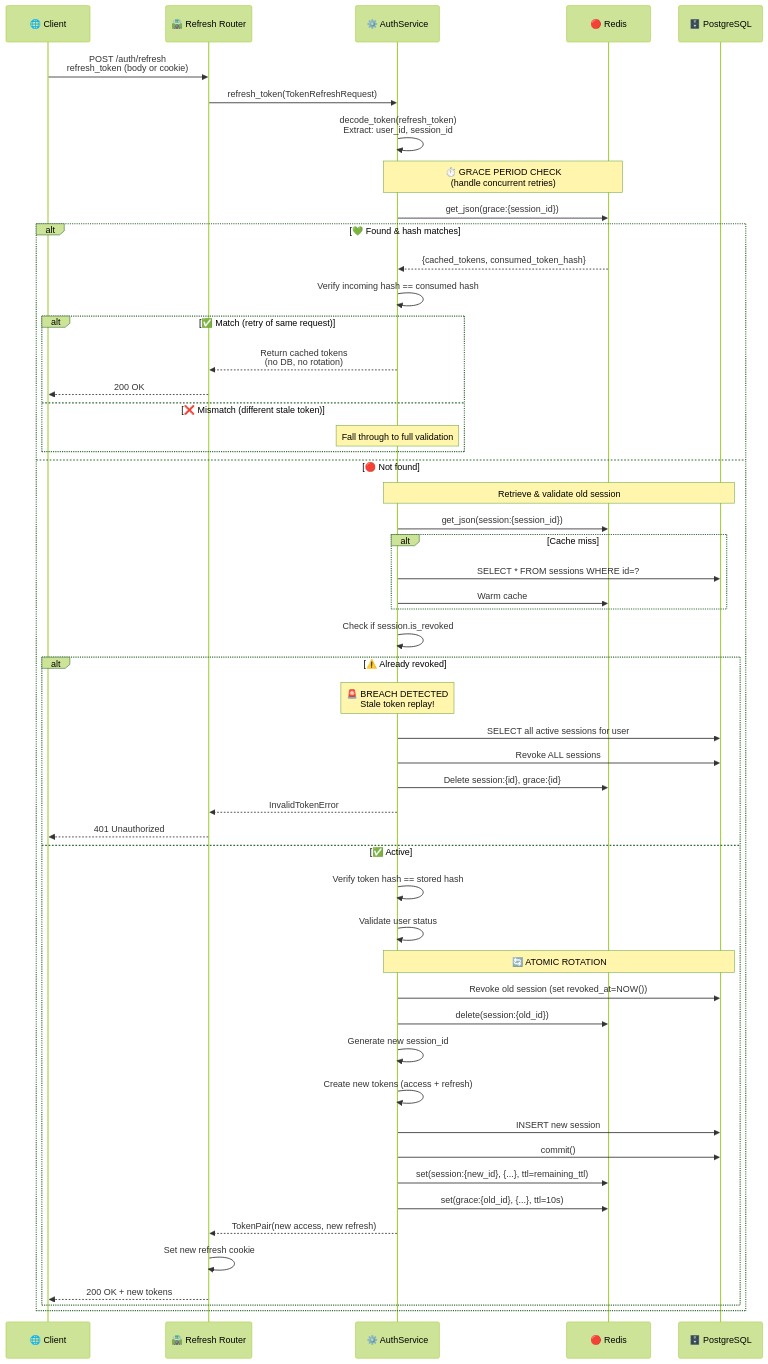
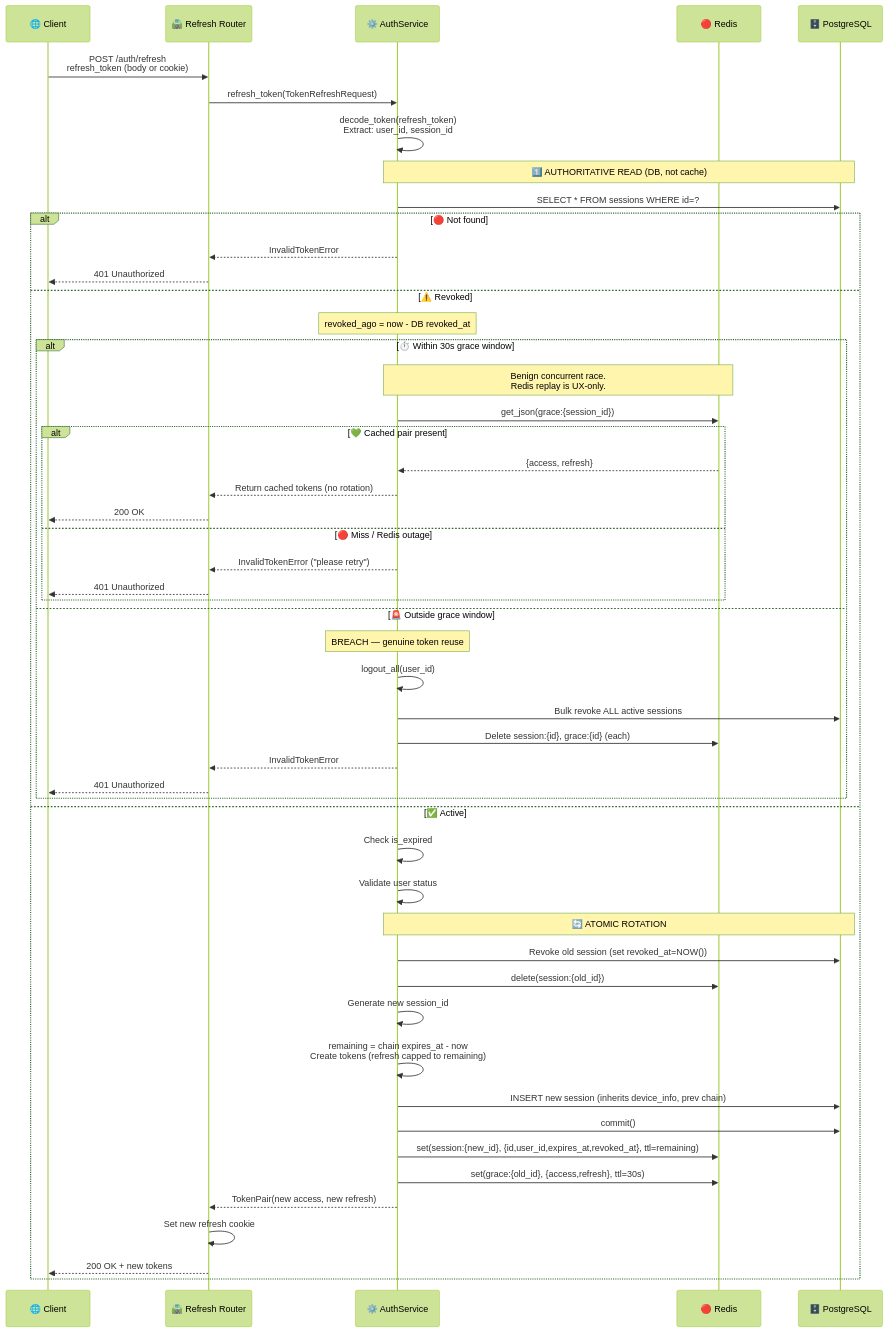
Before and after one commit to KartikRanjan/async-pulse: the fourth of 10 diagrams in docs/architecture/REQUEST_LIFECYCLE_AND_CACHING.md, drawn with Mermaid (forest theme). The commit also changed other lines of this file and 9 other files, not shown here.

First line of the commit message:
refactor(auth): improve RTR resilience, caching efficiency, and DB schema

````diff
--- a/docs/architecture/REQUEST_LIFECYCLE_AND_CACHING.md
+++ b/docs/architecture/REQUEST_LIFECYCLE_AND_CACHING.md
@@ -205,68 +204,63 @@
 ```mermaid
 sequenceDiagram
     participant Client as 🌐 Client
     participant Router as 🛣️ Refresh Router
     participant AuthSvc as ⚙️ AuthService
     participant Cache as 🔴 Redis
     participant DB as 🗄️ PostgreSQL
 
     Client->>Router: POST /auth/refresh<br/>refresh_token (body or cookie)
 
     Router->>AuthSvc: refresh_token(TokenRefreshRequest)
 
     AuthSvc->>AuthSvc: decode_token(refresh_token)<br/>Extract: user_id, session_id
 
-    note over AuthSvc,Cache: ⏱️ GRACE PERIOD CHECK<br/>(handle concurrent retries)
-    AuthSvc->>Cache: get_json(grace:{session_id})
+    note over AuthSvc,DB: 1️⃣ AUTHORITATIVE READ (DB, not cache)
+    AuthSvc->>DB: SELECT * FROM sessions WHERE id=?
 
-    alt 💚 Found & hash matches
-        Cache-->>AuthSvc: {cached_tokens, consumed_token_hash}
-        AuthSvc->>AuthSvc: Verify incoming hash == consumed hash
-
-        alt ✅ Match (retry of same request)
-            AuthSvc-->>Router: Return cached tokens<br/>(no DB, no rotation)
-            Router-->>Client: 200 OK
-        else ❌ Mismatch (different stale token)
-            note over AuthSvc: Fall through to full validation
-        end
-    else 🔴 Not found
-        note over AuthSvc,DB: Retrieve & validate old session
-        AuthSvc->>Cache: get_json(session:{session_id})
-
-        alt Cache miss
-            AuthSvc->>DB: SELECT * FROM sessions WHERE id=?
-            AuthSvc->>Cache: Warm cache
-        end
-
-        AuthSvc->>AuthSvc: Check if session.is_revoked
-
-        alt ⚠️ Already revoked
-            note over AuthSvc: 🚨 BREACH DETECTED<br/>Stale token replay!
-            AuthSvc->>DB: SELECT all active sessions for user
-            AuthSvc->>DB: Revoke ALL sessions
-            AuthSvc->>Cache: Delete session:{id}, grace:{id}
+    alt 🔴 Not found
+        AuthSvc-->>Router: InvalidTokenError
+        Router-->>Client: 401 Unauthorized
+    else ⚠️ Revoked
+        note over AuthSvc: revoked_ago = now - DB revoked_at
+        alt ⏱️ Within 30s grace window
+            note over AuthSvc,Cache: Benign concurrent race.<br/>Redis replay is UX-only.
+            AuthSvc->>Cache: get_json(grace:{session_id})
+            alt 💚 Cached pair present
+                Cache-->>AuthSvc: {access, refresh}
+                AuthSvc-->>Router: Return cached tokens (no rotation)
+                Router-->>Client: 200 OK
+            else 🔴 Miss / Redis outage
+                AuthSvc-->>Router: InvalidTokenError ("please retry")
+                Router-->>Client: 401 Unauthorized
+            end
+        else 🚨 Outside grace window
+            note over AuthSvc: BREACH — genuine token reuse
+            AuthSvc->>AuthSvc: logout_all(user_id)
+            AuthSvc->>DB: Bulk revoke ALL active sessions
+            AuthSvc->>Cache: Delete session:{id}, grace:{id} (each)
             AuthSvc-->>Router: InvalidTokenError
             Router-->>Client: 401 Unauthorized
-        else ✅ Active
-            AuthSvc->>AuthSvc: Verify token hash == stored hash
-            AuthSvc->>AuthSvc: Validate user status
+        end
+    else ✅ Active
+        AuthSvc->>AuthSvc: Check is_expired
+        AuthSvc->>AuthSvc: Validate user status
 
-            note over AuthSvc,DB: 🔄 ATOMIC ROTATION
-            AuthSvc->>DB: Revoke old session (set revoked_at=NOW())
-            AuthSvc->>Cache: delete(session:{old_id})
+        note over AuthSvc,DB: 🔄 ATOMIC ROTATION
+        AuthSvc->>DB: Revoke old session (set revoked_at=NOW())
+        AuthSvc->>Cache: delete(session:{old_id})
 
-            AuthSvc->>AuthSvc: Generate new session_id
-            AuthSvc->>AuthSvc: Create new tokens (access + refresh)
+        AuthSvc->>AuthSvc: Generate new session_id
+        AuthSvc->>AuthSvc: remaining = chain expires_at - now<br/>Create tokens (refresh capped to remaining)
 
-            AuthSvc->>DB: INSERT new session
-            AuthSvc->>DB: commit()
+        AuthSvc->>DB: INSERT new session (inherits device_info, prev chain)
+        AuthSvc->>DB: commit()
 
-            AuthSvc->>Cache: set(session:{new_id}, {...}, ttl=remaining_ttl)
-            AuthSvc->>Cache: set(grace:{old_id}, {...}, ttl=10s)
+        AuthSvc->>Cache: set(session:{new_id}, {id,user_id,expires_at,revoked_at}, ttl=remaining)
+        AuthSvc->>Cache: set(grace:{old_id}, {access,refresh}, ttl=30s)
 
-            AuthSvc-->>Router: TokenPair(new access, new refresh)
-            Router->>Router: Set new refresh cookie
-            Router-->>Client: 200 OK + new tokens
-        end
+        AuthSvc-->>Router: TokenPair(new access, new refresh)
+        Router->>Router: Set new refresh cookie
+        Router-->>Client: 200 OK + new tokens
     end
 ```
````
